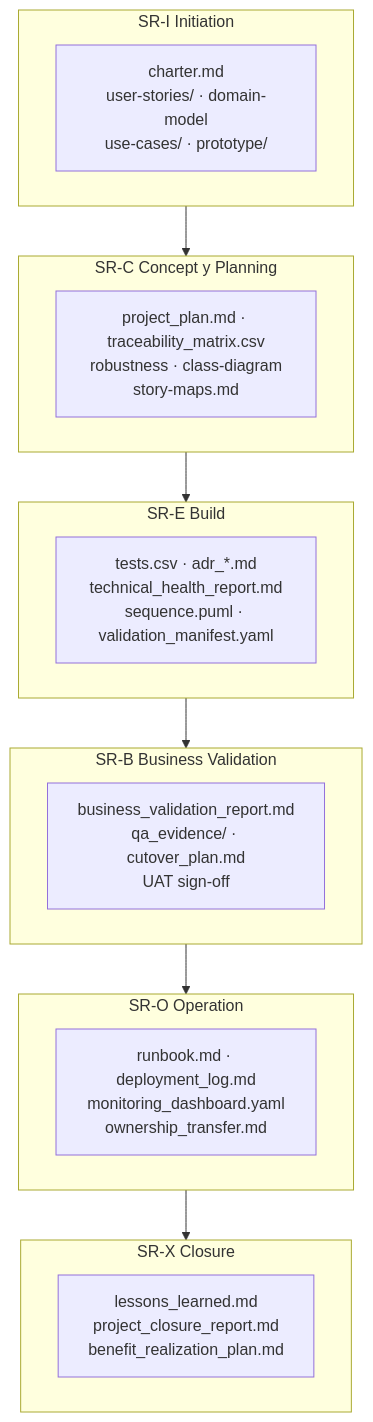
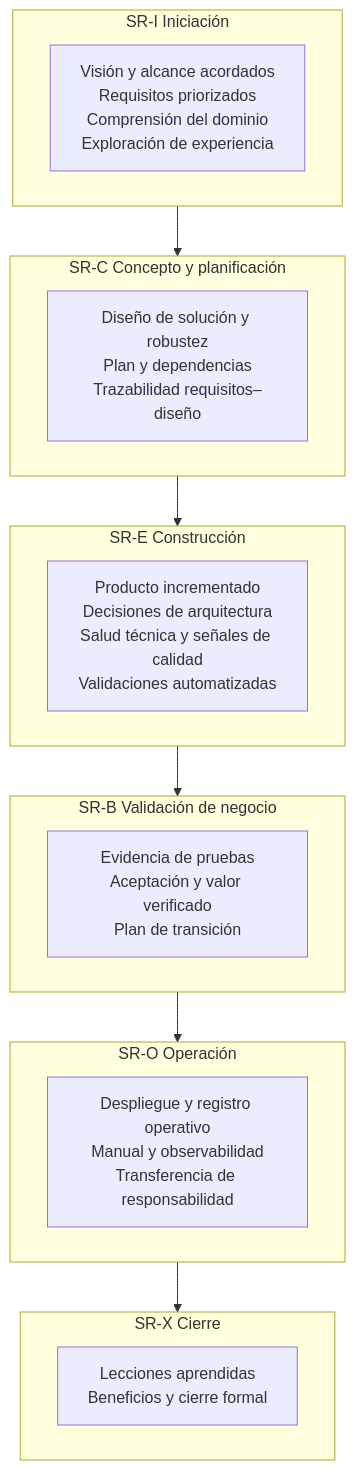
The first of 4 diagrams in README.md (akasha-code/UDF), drawn with Mermaid before and after one commit. The commit also changed other lines of this file, not shown here.

````diff
--- a/README.md
+++ b/README.md
@@ -19,22 +19,22 @@
 ```mermaid
 flowchart TB
-  subgraph phaseInit [SR-I Initiation]
-    a1["charter.md<br/>user-stories/ · domain-model<br/>use-cases/ · prototype/"]
+  subgraph phaseInit [SR-I Iniciación]
+    out1["Visión y alcance acordados<br/>Requisitos priorizados<br/>Comprensión del dominio<br/>Exploración de experiencia"]
   end
-  subgraph phasePlan [SR-C Concept y Planning]
-    a2["project_plan.md · traceability_matrix.csv<br/>robustness · class-diagram<br/>story-maps.md"]
+  subgraph phasePlan [SR-C Concepto y planificación]
+    out2["Diseño de solución y robustez<br/>Plan y dependencias<br/>Trazabilidad requisitos–diseño"]
   end
-  subgraph phaseBuild [SR-E Build]
-    a3["tests.csv · adr_*.md<br/>technical_health_report.md<br/>sequence.puml · validation_manifest.yaml"]
+  subgraph phaseBuild [SR-E Construcción]
+    out3["Producto incrementado<br/>Decisiones de arquitectura<br/>Salud técnica y señales de calidad<br/>Validaciones automatizadas"]
   end
-  subgraph phaseVal [SR-B Business Validation]
-    a4["business_validation_report.md<br/>qa_evidence/ · cutover_plan.md<br/>UAT sign-off"]
+  subgraph phaseVal [SR-B Validación de negocio]
+    out4["Evidencia de pruebas<br/>Aceptación y valor verificado<br/>Plan de transición"]
   end
-  subgraph phaseOps [SR-O Operation]
-    a5["runbook.md · deployment_log.md<br/>monitoring_dashboard.yaml<br/>ownership_transfer.md"]
+  subgraph phaseOps [SR-O Operación]
+    out5["Despliegue y registro operativo<br/>Manual y observabilidad<br/>Transferencia de responsabilidad"]
   end
-  subgraph phaseClose [SR-X Closure]
-    a6["lessons_learned.md<br/>project_closure_report.md<br/>benefit_realization_plan.md"]
+  subgraph phaseClose [SR-X Cierre]
+    out6["Lecciones aprendidas<br/>Beneficios y cierre formal"]
   end
   phaseInit --> phasePlan --> phaseBuild --> phaseVal --> phaseOps --> phaseClose
 ```
````
